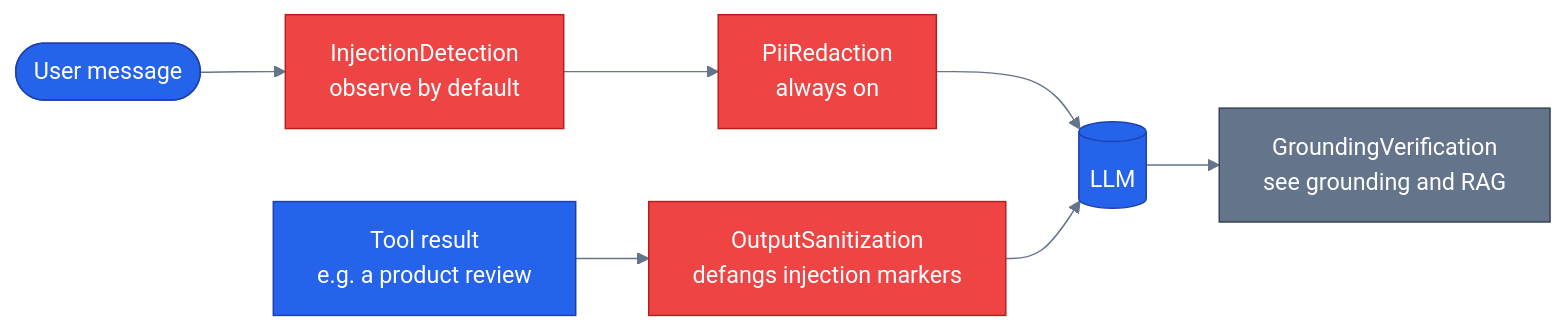
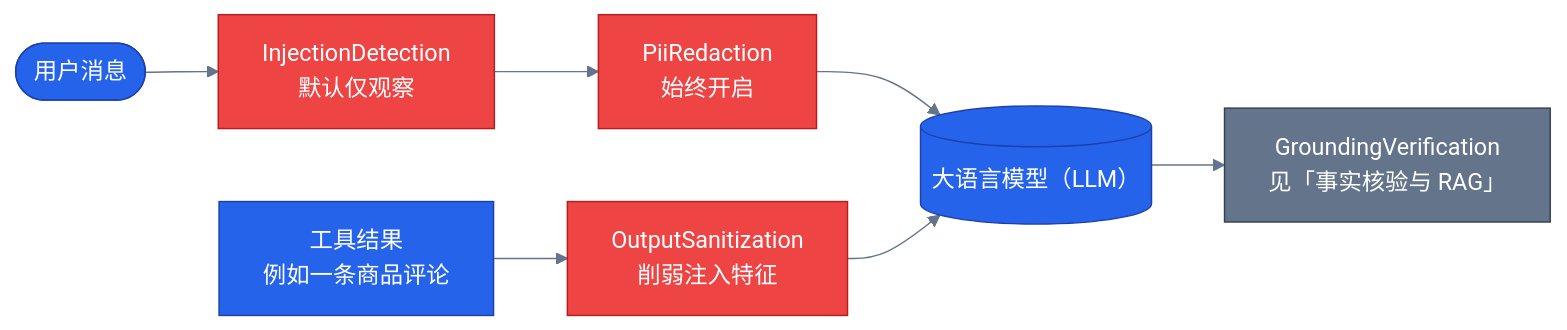
The diagram in docs/concepts/10-guardrails.md (s1encisi/reliable-commerce-agents), drawn with Mermaid before and after one commit. The commit also changed other lines of this file and 1033 other files, not shown here.

````diff
--- a/docs/concepts/10-guardrails.md
+++ b/docs/concepts/10-guardrails.md
@@ -93,22 +76,22 @@
 ```mermaid
 %%{init: {'theme':'base', 'themeVariables': {
   'primaryColor': '#2563eb','primaryTextColor': '#ffffff','primaryBorderColor': '#1e40af',
   'lineColor': '#64748b','secondaryColor': '#f59e0b','tertiaryColor': '#10b981',
   'background': 'transparent'}}}%%
 flowchart LR
   classDef core  fill:#2563eb,stroke:#1e40af,color:#ffffff
   classDef error fill:#ef4444,stroke:#b91c1c,color:#ffffff
   classDef infra fill:#64748b,stroke:#334155,color:#ffffff
 
-  inbound(["User message"]) --> inject["InjectionDetection<br/>observe by default"]
-  inject --> pii["PiiRedaction<br/>always on"]
-  pii --> model[("LLM")]
-  toolresult["Tool result<br/>e.g. a product review"] --> sanitize["OutputSanitization<br/>defangs injection markers"]
+  inbound(["用户消息"]) --> inject["InjectionDetection<br/>默认仅观察"]
+  inject --> pii["PiiRedaction<br/>始终开启"]
+  pii --> model[("大语言模型（LLM）")]
+  toolresult["工具结果<br/>例如一条商品评论"] --> sanitize["OutputSanitization<br/>削弱注入特征"]
   sanitize --> model
-  model --> ground["GroundingVerification<br/>see grounding and RAG"]
+  model --> ground["GroundingVerification<br/>见「事实核验与 RAG」"]
 
   class inbound,toolresult core
   class inject,pii,sanitize error
   class model core
   class ground infra
 ```
````
